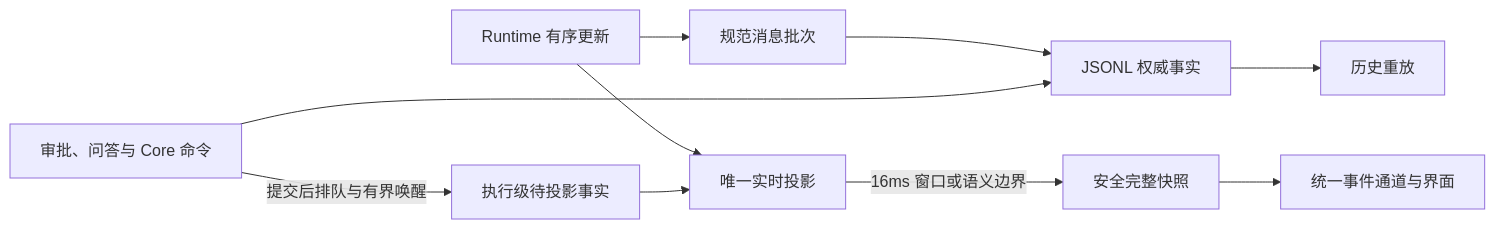
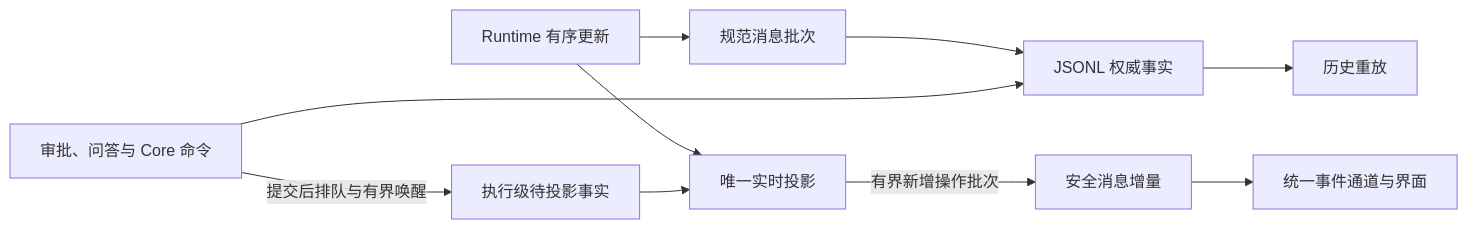
The second of 2 diagrams in docs/architecture/chat-and-execution-cn.md (JieWaZi/NeuxBot), drawn with Mermaid before and after one commit. The commit also changed other lines of this file and 675 other files, not shown here.

````diff
--- a/docs/architecture/chat-and-execution-cn.md
+++ b/docs/architecture/chat-and-execution-cn.md
@@ -33,12 +101,12 @@
 ```mermaid
 flowchart LR
   Runtime[Runtime 有序更新] --> State[唯一实时投影]
   Runtime --> Batch[规范消息批次]
   Batch --> Log[JSONL 权威事实]
   Interaction[审批、问答与 Core 命令] --> Log
   Interaction -->|提交后排队与有界唤醒| Facts[执行级待投影事实]
   Facts --> State
-  State -->|16ms 窗口或语义边界| Snapshot[安全完整快照]
-  Snapshot --> UI[统一事件通道与界面]
+  State -->|有界新增操作批次| Increment[安全消息增量]
+  Increment --> UI[统一事件通道与界面]
   Log --> Replay[历史重放]
 ```
````
